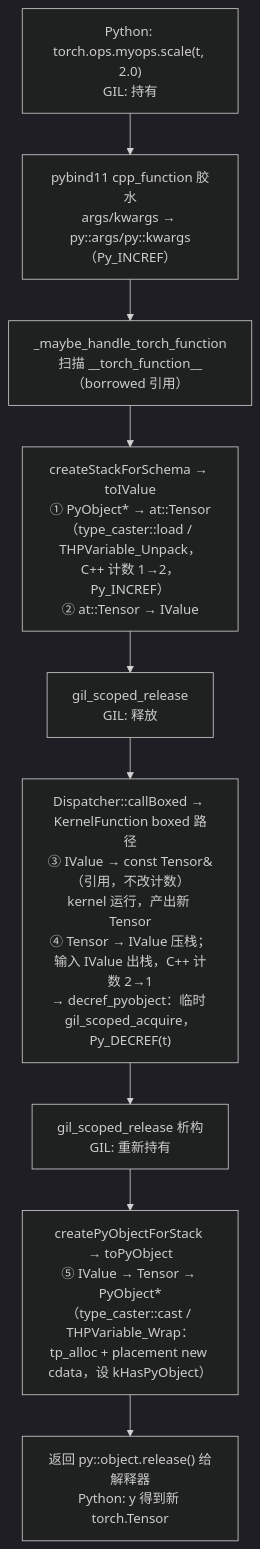
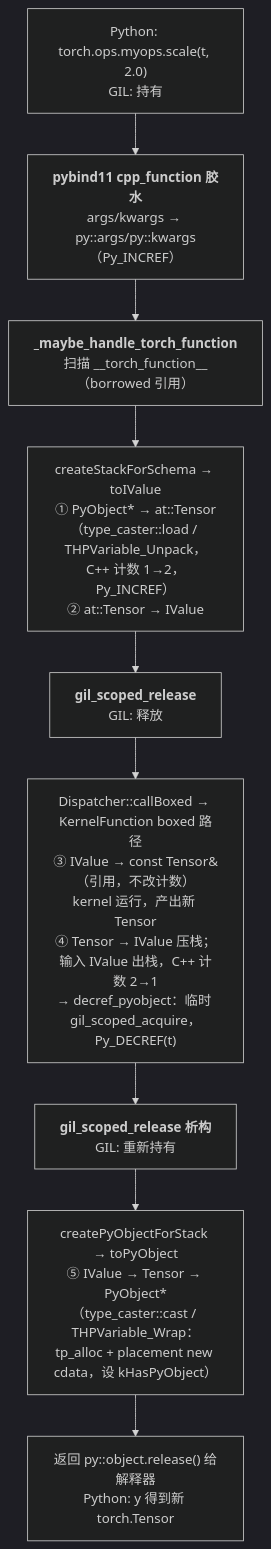
The second of 2 diagrams in _posts/2026-02-14-cpp-pybind11-python-c-api-and-abi.md (arganzheng/arganzheng.github.com), drawn with Mermaid (dark theme) before and after one commit. The commit also changed other lines of this file and 7 other files, not shown here.

First line of the commit message:
C++ 在 AI-Infra：从对象模型到算子扩展：Mermaid 多行方框的首行标为标题（8 篇）

````diff
--- a/_posts/2026-02-14-cpp-pybind11-python-c-api-and-abi.md
+++ b/_posts/2026-02-14-cpp-pybind11-python-c-api-and-abi.md
@@ -1597,12 +1597,12 @@
 ```mermaid
 %% 图：一次 torch.ops 调用的汇总：从 pybind11 胶水到 kernel，标出每处引用计数与 GIL 的变化
 flowchart TD
-    A["Python: torch.ops.myops.scale(t, 2.0)<br/>GIL: 持有"] --> B["pybind11 cpp_function 胶水<br/>args/kwargs → py::args/py::kwargs（Py_INCREF）"]
-    B --> C["_maybe_handle_torch_function<br/>扫描 __torch_function__（borrowed 引用）"]
+    A["Python: torch.ops.myops.scale(t, 2.0)<br/>GIL: 持有"] --> B["<b>pybind11 cpp_function 胶水</b><br/>args/kwargs → py::args/py::kwargs（Py_INCREF）"]
+    B --> C["<b>_maybe_handle_torch_function</b><br/>扫描 __torch_function__（borrowed 引用）"]
     C --> D["createStackForSchema → toIValue<br/>① PyObject* → at::Tensor（type_caster::load / THPVariable_Unpack，C++ 计数 1→2，Py_INCREF）<br/>② at::Tensor → IValue"]
-    D --> E["gil_scoped_release<br/>GIL: 释放"]
+    D --> E["<b>gil_scoped_release</b><br/>GIL: 释放"]
     E --> F["Dispatcher::callBoxed → KernelFunction boxed 路径<br/>③ IValue → const Tensor&（引用，不改计数）<br/>kernel 运行，产出新 Tensor<br/>④ Tensor → IValue 压栈；输入 IValue 出栈，C++ 计数 2→1<br/>→ decref_pyobject：临时 gil_scoped_acquire，Py_DECREF(t)"]
-    F --> G["gil_scoped_release 析构<br/>GIL: 重新持有"]
+    F --> G["<b>gil_scoped_release 析构</b><br/>GIL: 重新持有"]
     G --> H["createPyObjectForStack → toPyObject<br/>⑤ IValue → Tensor → PyObject*（type_caster::cast / THPVariable_Wrap：tp_alloc + placement new cdata，设 kHasPyObject）"]
     H --> I["返回 py::object.release() 给解释器<br/>Python: y 得到新 torch.Tensor"]
 ```
````
